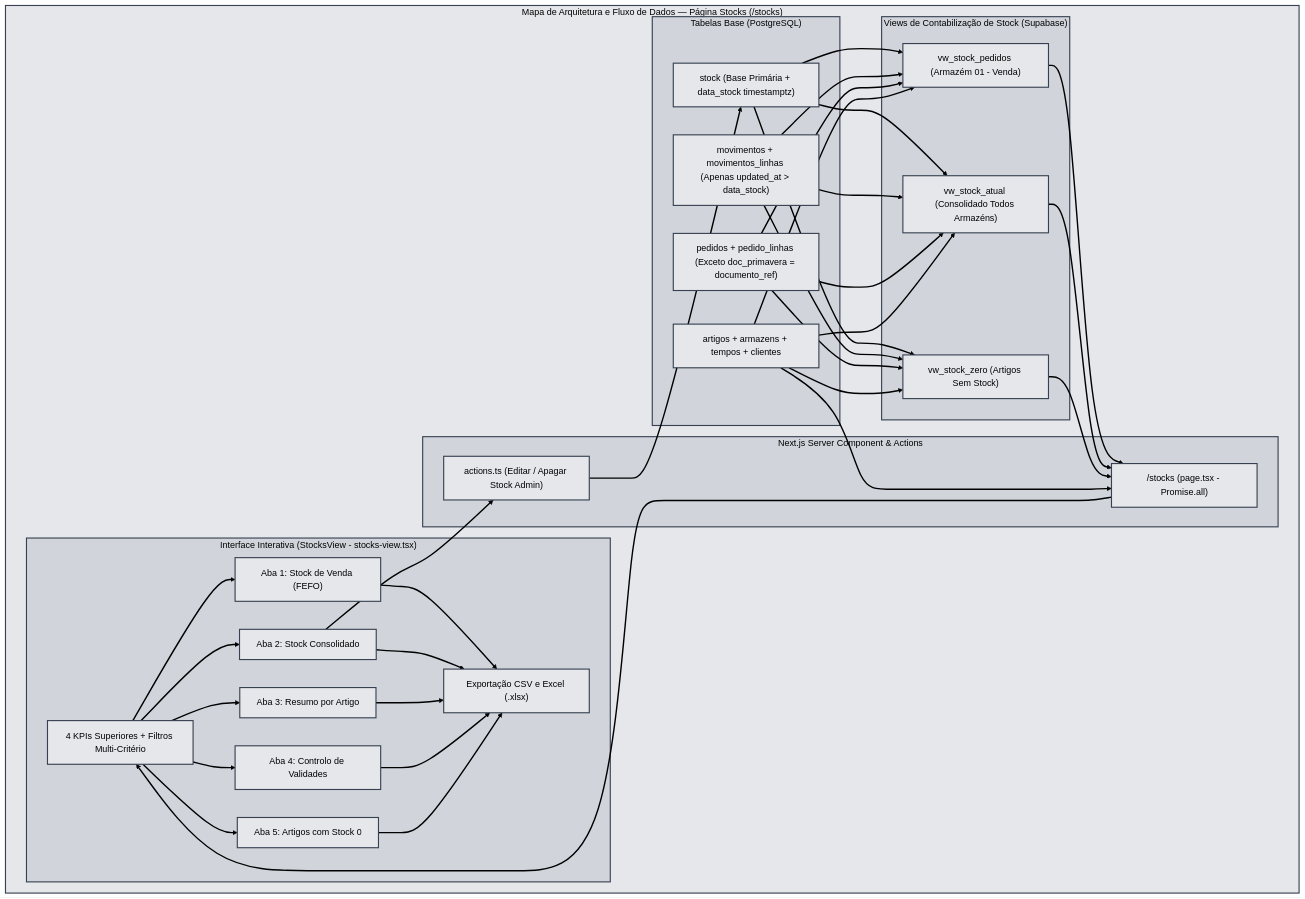
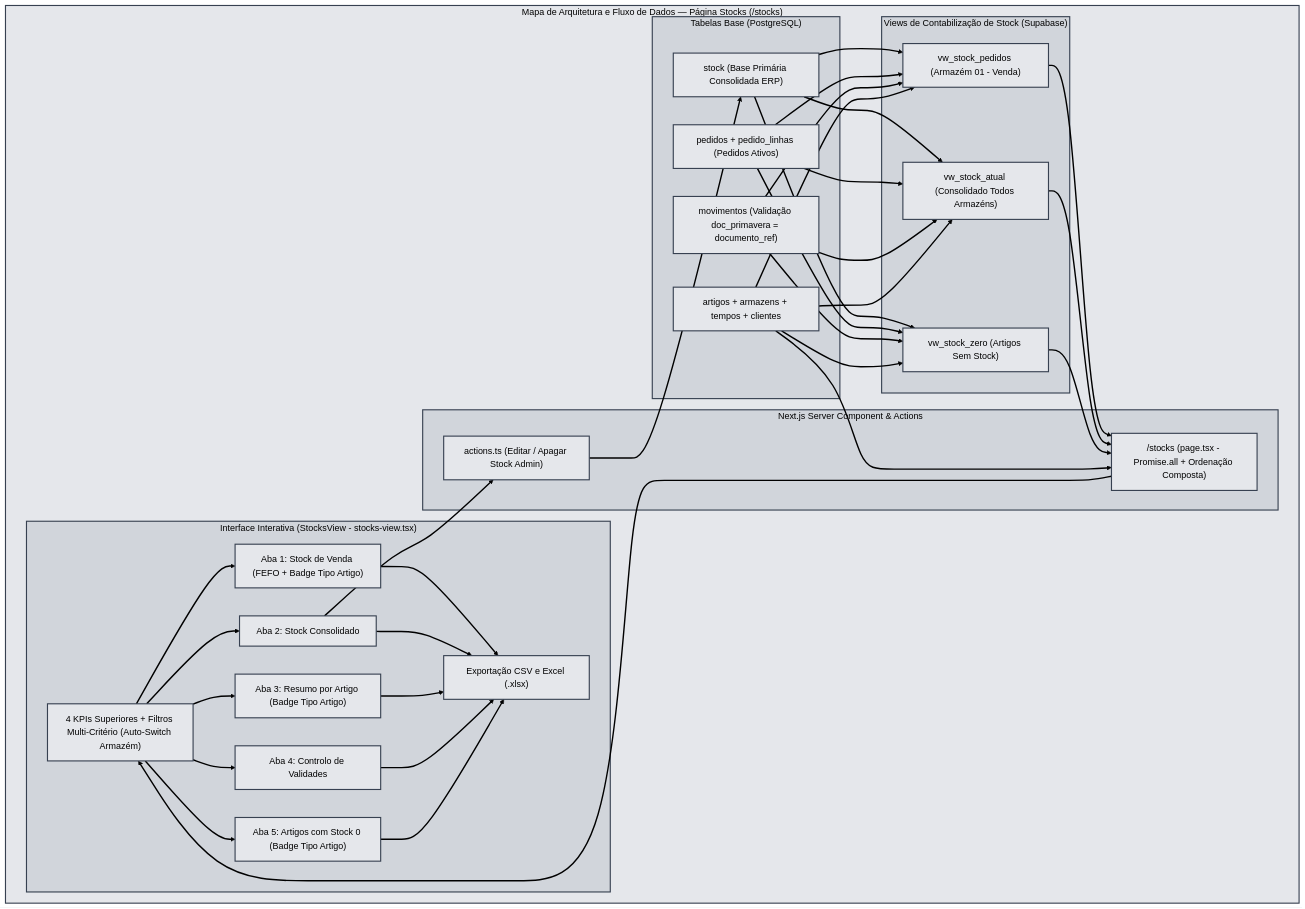
Before and after one commit to jmv2026/platfarmasupa: the diagram in docs/DOCUMENTACAO_STOCKS.md, drawn with Mermaid. The commit also changed other lines of this file and 2 other files, not shown here.

Commit message:
historico_movimentos_artigos_10112026

````diff
--- a/docs/DOCUMENTACAO_STOCKS.md
+++ b/docs/DOCUMENTACAO_STOCKS.md
@@ -14,69 +14,69 @@
 ```mermaid
 %%{init: {"theme": "base", "themeVariables": {"background": "#e5e7eb", "primaryColor": "#e5e7eb", "primaryTextColor": "#000000", "primaryBorderColor": "#374151", "lineColor": "#000000", "secondaryColor": "#e5e7eb", "tertiaryColor": "#d1d5db", "mainBkg": "#e5e7eb", "nodeBkg": "#e5e7eb", "clusterBkg": "#d1d5db", "clusterBorder": "#374151", "titleColor": "#000000", "edgeLabelBackground": "#e5e7eb", "textColor": "#000000", "nodeTextColor": "#000000"}}}%%
 flowchart TD
     subgraph Canvas ["Mapa de Arquitetura e Fluxo de Dados — Página Stocks (/stocks)"]
         subgraph Origem ["Tabelas Base (PostgreSQL)"]
-            T_STK["stock (Base Primária + data_stock timestamptz)"]
-            T_MOV["movimentos + movimentos_linhas (Apenas updated_at > data_stock)"]
-            T_PED["pedidos + pedido_linhas (Exceto doc_primavera = documento_ref)"]
+            T_STK["stock (Base Primária Consolidada ERP)"]
+            T_PED["pedidos + pedido_linhas (Pedidos Ativos)"]
+            T_MOV["movimentos (Validação doc_primavera = documento_ref)"]
             T_ART["artigos + armazens + tempos + clientes"]
         end
 
         subgraph Views ["Views de Contabilização de Stock (Supabase)"]
             V_PED["vw_stock_pedidos (Armazém 01 - Venda)"]
             V_ATU["vw_stock_atual (Consolidado Todos Armazéns)"]
             V_ZER["vw_stock_zero (Artigos Sem Stock)"]
         end
 
         subgraph Server ["Next.js Server Component & Actions"]
-            P_STK["/stocks (page.tsx - Promise.all)"]
+            P_STK["/stocks (page.tsx - Promise.all + Ordenação Composta)"]
             A_STK["actions.ts (Editar / Apagar Stock Admin)"]
         end
 
         subgraph Client ["Interface Interativa (StocksView - stocks-view.tsx)"]
-            KPI["4 KPIs Superiores + Filtros Multi-Critério"]
-            TAB1["Aba 1: Stock de Venda (FEFO)"]
+            KPI["4 KPIs Superiores + Filtros Multi-Critério (Auto-Switch Armazém)"]
+            TAB1["Aba 1: Stock de Venda (FEFO + Badge Tipo Artigo)"]
             TAB2["Aba 2: Stock Consolidado"]
-            TAB3["Aba 3: Resumo por Artigo"]
+            TAB3["Aba 3: Resumo por Artigo (Badge Tipo Artigo)"]
             TAB4["Aba 4: Controlo de Validades"]
-            TAB5["Aba 5: Artigos com Stock 0"]
+            TAB5["Aba 5: Artigos com Stock 0 (Badge Tipo Artigo)"]
             EXP["Exportação CSV e Excel (.xlsx)"]
         end
 
-        T_STK & T_MOV & T_PED & T_ART --> V_PED & V_ATU & V_ZER
+        T_STK & T_PED & T_MOV & T_ART --> V_PED & V_ATU & V_ZER
         V_PED & V_ATU & V_ZER & T_ART --> P_STK
         P_STK --> KPI
         KPI --> TAB1 & TAB2 & TAB3 & TAB4 & TAB5
         TAB1 & TAB2 & TAB3 & TAB4 & TAB5 --> EXP
         TAB2 --> A_STK
         A_STK --> T_STK
     end
 
     style Canvas fill:#e5e7eb,stroke:#374151,stroke-width:2px,color:#000000
     style Origem fill:#d1d5db,stroke:#374151,stroke-width:2px,color:#000000
     style Views fill:#d1d5db,stroke:#374151,stroke-width:2px,color:#000000
     style Server fill:#d1d5db,stroke:#374151,stroke-width:2px,color:#000000
     style Client fill:#d1d5db,stroke:#374151,stroke-width:2px,color:#000000
 
     style T_MOV fill:#e5e7eb,stroke:#374151,stroke-width:2px,color:#000000
     style T_STK fill:#e5e7eb,stroke:#374151,stroke-width:2px,color:#000000
     style T_PED fill:#e5e7eb,stroke:#374151,stroke-width:2px,color:#000000
     style T_ART fill:#e5e7eb,stroke:#374151,stroke-width:2px,color:#000000
 
     style V_PED fill:#e5e7eb,stroke:#374151,stroke-width:2px,color:#000000
     style V_ATU fill:#e5e7eb,stroke:#374151,stroke-width:2px,color:#000000
     style V_ZER fill:#e5e7eb,stroke:#374151,stroke-width:2px,color:#000000
 
     style P_STK fill:#e5e7eb,stroke:#374151,stroke-width:2px,color:#000000
     style A_STK fill:#e5e7eb,stroke:#374151,stroke-width:2px,color:#000000
 
     style KPI fill:#e5e7eb,stroke:#374151,stroke-width:2px,color:#000000
     style TAB1 fill:#e5e7eb,stroke:#374151,stroke-width:2px,color:#000000
     style TAB2 fill:#e5e7eb,stroke:#374151,stroke-width:2px,color:#000000
     style TAB3 fill:#e5e7eb,stroke:#374151,stroke-width:2px,color:#000000
     style TAB4 fill:#e5e7eb,stroke:#374151,stroke-width:2px,color:#000000
     style TAB5 fill:#e5e7eb,stroke:#374151,stroke-width:2px,color:#000000
     style EXP fill:#e5e7eb,stroke:#374151,stroke-width:2px,color:#000000
 
     linkStyle default stroke:#000000,stroke-width:2.5px,color:#000000
 ```
````
